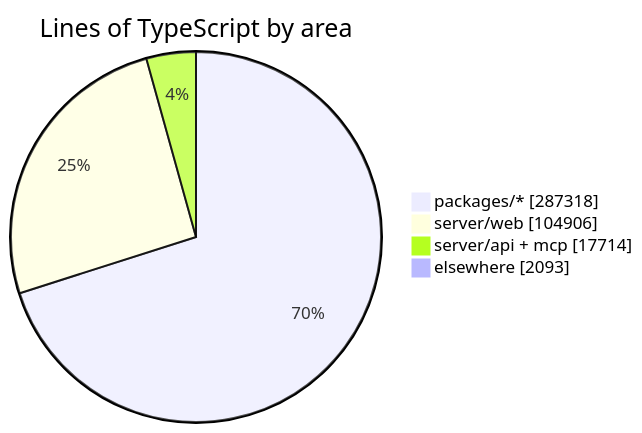
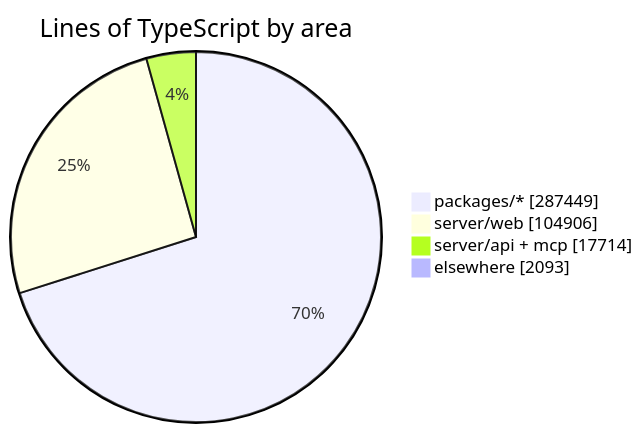
The diagram in README.md (crossworks-engineering/mantle), drawn with Mermaid before and after one commit. The commit also changed other lines of this file and 2 other files, not shown here.

````diff
--- a/README.md
+++ b/README.md
@@ -294,7 +294,7 @@
 ```mermaid
 pie showData title Lines of TypeScript by area
-    "packages/*" : 287318
+    "packages/*" : 287449
     "server/web" : 104906
     "server/api + mcp" : 17714
     "elsewhere" : 2093
 ```
````
